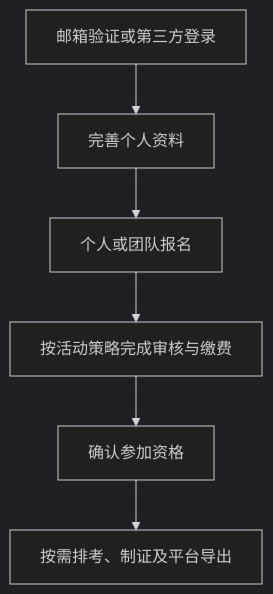
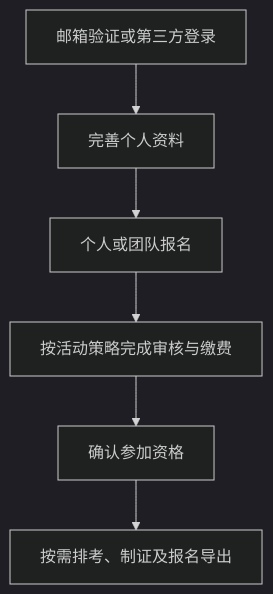
The diagram in README.md (Albert-Li-Sz/NXOPA-RegSYS), drawn with Mermaid (dark theme) before and after one commit. The commit also changed other lines of this file and 145 other files, not shown here.

````diff
--- a/README.md
+++ b/README.md
@@ -101,8 +101,8 @@
 ```mermaid
 flowchart TD
     A[邮箱验证或第三方登录] --> B[完善个人资料]
     B --> C[个人或团队报名]
     C --> D[按活动策略完成审核与缴费]
     D --> E[确认参加资格]
-    E --> F[按需排考、制证及平台导出]
+    E --> F[按需排考、制证及报名导出]
 ```
````
